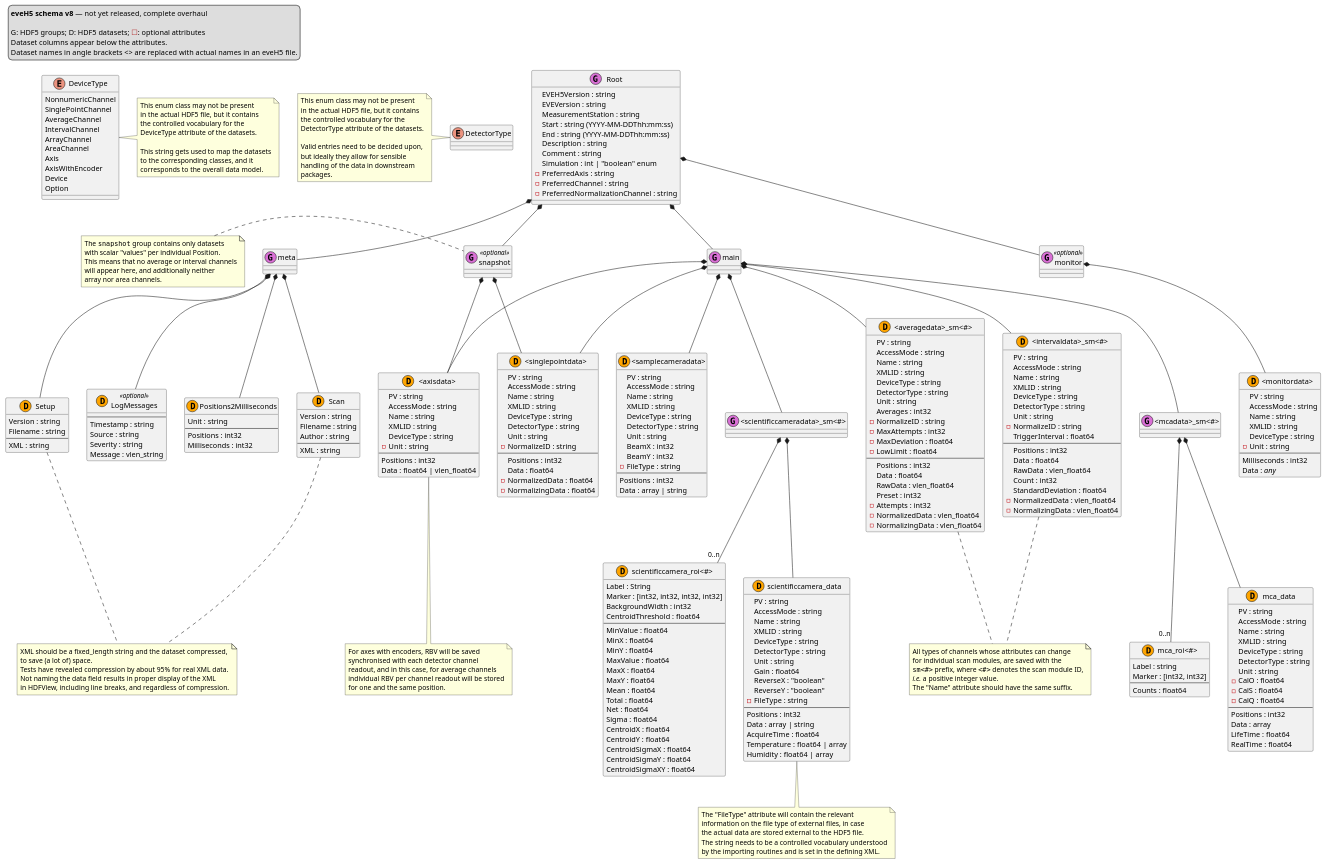
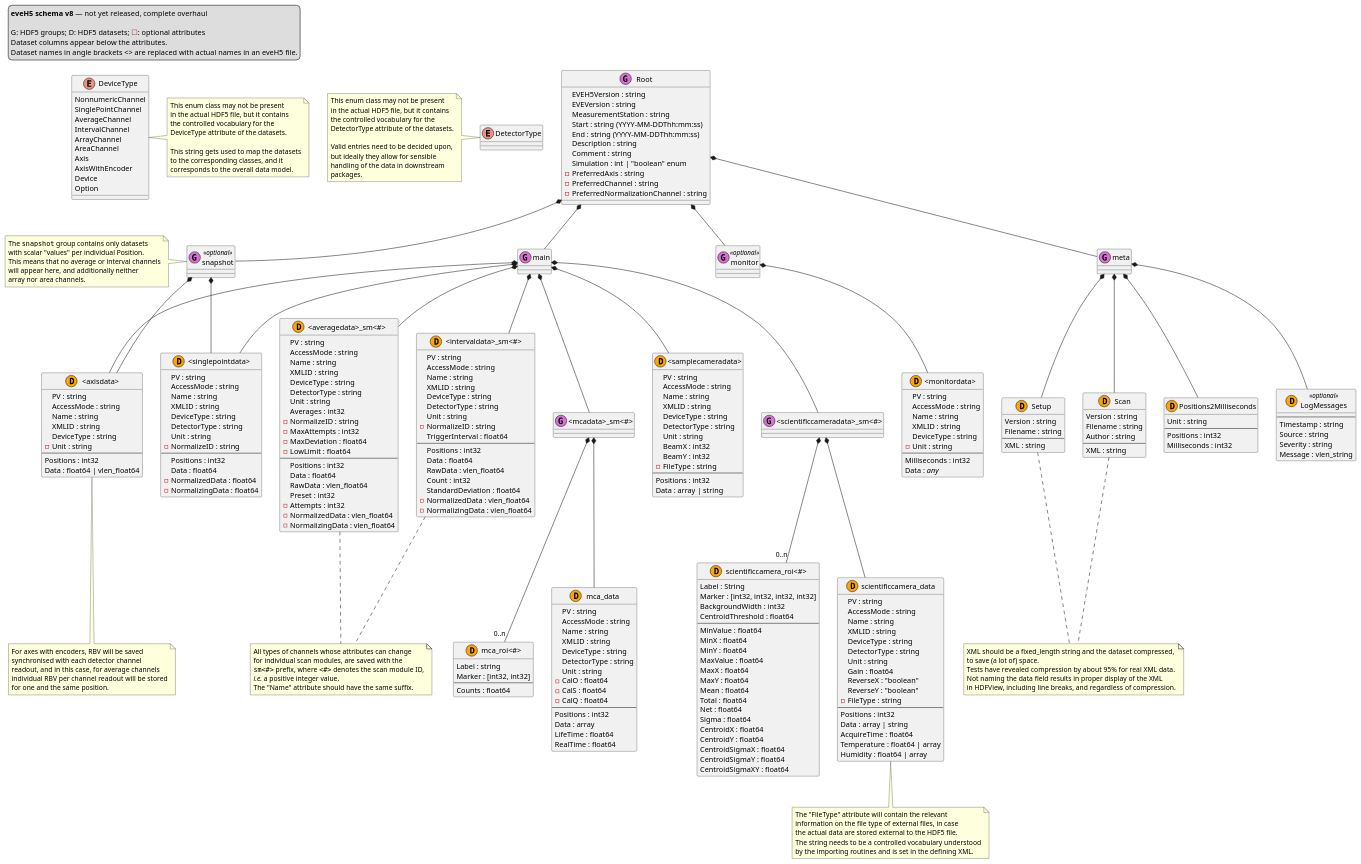
Before and after one commit to tillbiskup/evedata: the diagram in docs/uml/eveh5-v8.puml, drawn with PlantUML. The commit also changed 6 other files, not shown here.

```diff
--- a/docs/uml/eveh5-v8.puml
+++ b/docs/uml/eveh5-v8.puml
@@ -93,6 +93,9 @@
 meta *-- Scan
 meta *-- Setup
 meta *-- LogMessages
+Setup -[hidden]> Scan
+
+'main -[hidden]> snapshot
 
 class "<axisdata>" << (D,orange) >> {
     PV : string
@@ -136,6 +139,13 @@
 main *-- "<mcadata>_sm<#>"
 main *-- "<samplecameradata>"
 main *-- "<scientificcameradata>_sm<#>"
+
+"<axisdata>" -[hidden]> "<singlepointdata>"
+"<singlepointdata>" -[hidden]> "<averagedata>_sm<#>"
+"<averagedata>_sm<#>" -[hidden]> "<intervaldata>_sm<#>"
+"<intervaldata>_sm<#>" -[hidden]> "<mcadata>_sm<#>"
+"<mcadata>_sm<#>" -[hidden]> "<samplecameradata>"
+"<samplecameradata>" -[hidden]> "<scientificcameradata>_sm<#>"
 
 class "<averagedata>_sm<#>" << (D,orange) >> {
     PV : string
```
